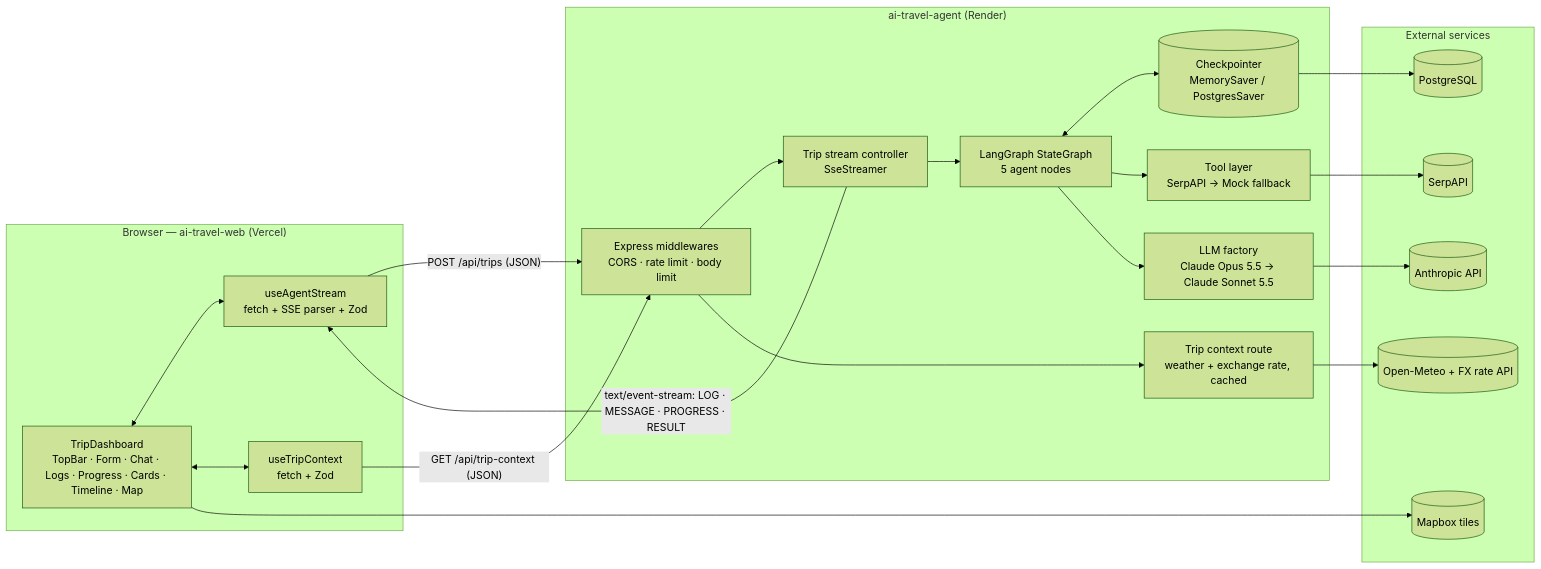
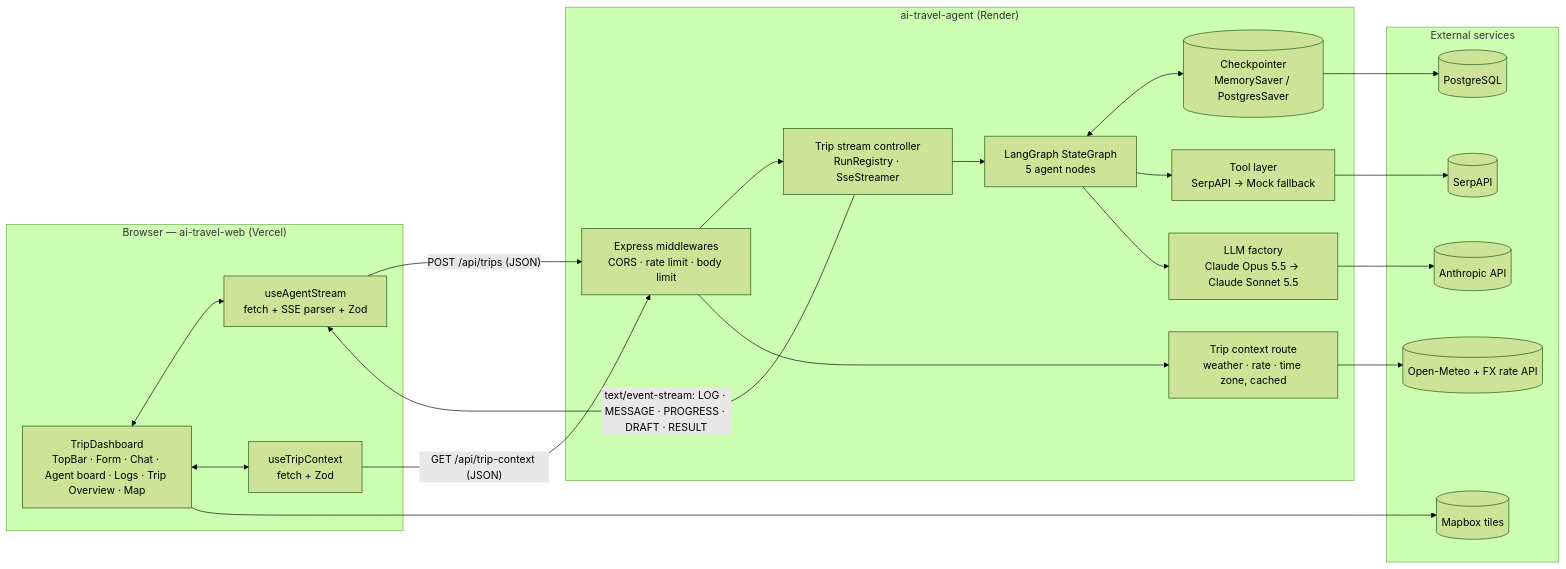
One commit to Saidbek9092/ai-travel-planner changed the first of 2 diagrams in ARCHITECTURE.md. Above: the diagram before and after it, drawn with Mermaid (forest theme). The commit also changed other lines of this file and 10 other files, not shown here.

````diff
--- a/ARCHITECTURE.md
+++ b/ARCHITECTURE.md
@@ -54,42 +57,42 @@
 ```mermaid
 flowchart LR
   subgraph Browser["Browser — ai-travel-web (Vercel)"]
-    UI[TripDashboard<br/>TopBar · Form · Chat · Logs · Progress · Cards · Timeline · Map]
+    UI[TripDashboard<br/>TopBar · Form · Chat · Agent board · Logs · Trip Overview · Map]
     Hook[useAgentStream<br/>fetch + SSE parser + Zod]
     CtxHook[useTripContext<br/>fetch + Zod]
     UI <--> Hook
     UI <--> CtxHook
   end
 
   subgraph Agent["ai-travel-agent (Render)"]
     MW[Express middlewares<br/>CORS · rate limit · body limit]
-    Ctrl[Trip stream controller<br/>SseStreamer]
-    Ctx[Trip context route<br/>weather + exchange rate, cached]
+    Ctrl[Trip stream controller<br/>RunRegistry · SseStreamer]
+    Ctx[Trip context route<br/>weather · rate · time zone, cached]
     Graph[LangGraph StateGraph<br/>5 agent nodes]
     CP[(Checkpointer<br/>MemorySaver / PostgresSaver)]
     Tools[Tool layer<br/>SerpAPI → Mock fallback]
     LLM[LLM factory<br/>Claude Opus 5.5 → Claude Sonnet 5.5]
     MW --> Ctrl --> Graph
     MW --> Ctx
     Graph <--> CP
     Graph --> Tools
     Graph --> LLM
   end
 
   subgraph External["External services"]
     Anthropic[(Anthropic API)]
     Serp[(SerpAPI)]
     Geo[(Open-Meteo + FX rate API)]
     PG[(PostgreSQL)]
     Mapbox[(Mapbox tiles)]
   end
 
   Hook -- "POST /api/trips (JSON)" --> MW
-  Ctrl -- "text/event-stream: LOG · MESSAGE · PROGRESS · RESULT" --> Hook
+  Ctrl -- "text/event-stream: LOG · MESSAGE · PROGRESS · DRAFT · RESULT" --> Hook
   CtxHook -- "GET /api/trip-context (JSON)" --> MW
   LLM --> Anthropic
   Tools --> Serp
   Ctx --> Geo
   CP --> PG
   UI --> Mapbox
 ```
````
